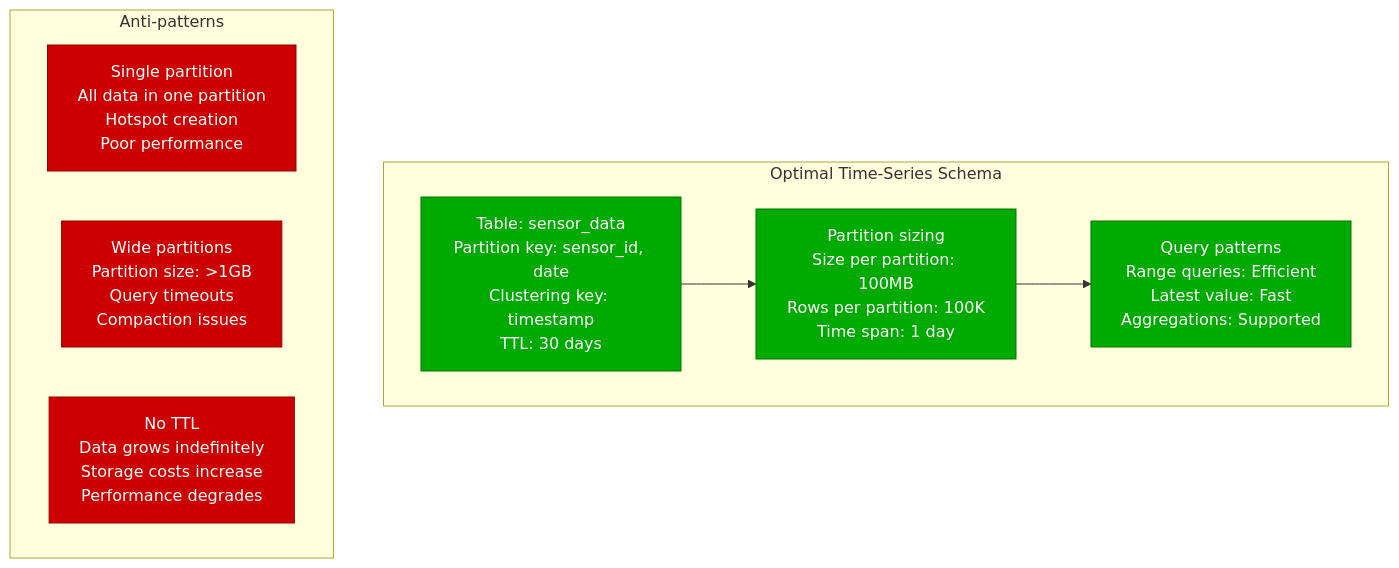
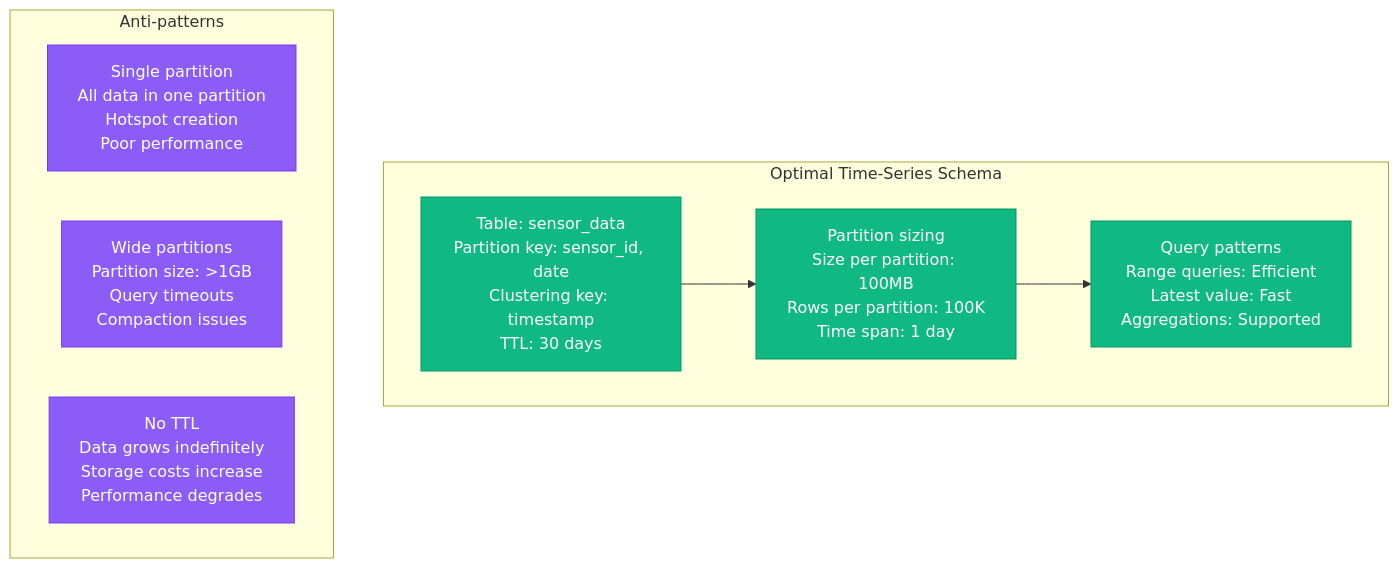
The tenth of 14 diagrams in site/docs/performance/cassandra-performance-profile.md (deepaucksharma/DS), drawn with Mermaid before and after one commit. The commit also changed other lines of this file and 303 other files, not shown here.

````diff
--- a/site/docs/performance/cassandra-performance-profile.md
+++ b/site/docs/performance/cassandra-performance-profile.md
@@ -325,26 +325,26 @@
 ```mermaid
 graph TB
     subgraph "Optimal Time-Series Schema"
         TS1[Table: sensor_data<br/>Partition key: sensor_id, date<br/>Clustering key: timestamp<br/>TTL: 30 days]
 
         TS2[Partition sizing<br/>Size per partition: 100MB<br/>Rows per partition: 100K<br/>Time span: 1 day]
 
         TS3[Query patterns<br/>Range queries: Efficient<br/>Latest value: Fast<br/>Aggregations: Supported]
 
         TS1 --> TS2 --> TS3
     end
 
     subgraph "Anti-patterns"
         AP1[Single partition<br/>All data in one partition<br/>Hotspot creation<br/>Poor performance]
 
         AP2[Wide partitions<br/>Partition size: >1GB<br/>Query timeouts<br/>Compaction issues]
 
         AP3[No TTL<br/>Data grows indefinitely<br/>Storage costs increase<br/>Performance degrades]
     end
 
-    classDef optimalStyle fill:#00AA00,stroke:#007700,color:#fff
-    classDef antipatternStyle fill:#CC0000,stroke:#990000,color:#fff
+    classDef optimalStyle fill:#10B981,stroke:#059669,color:#fff
+    classDef antipatternStyle fill:#8B5CF6,stroke:#7C3AED,color:#fff
 
     class TS1,TS2,TS3 optimalStyle
     class AP1,AP2,AP3 antipatternStyle
 ```
````
